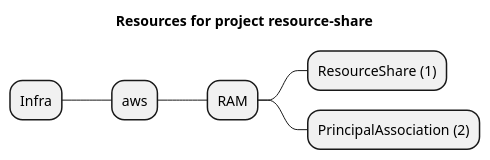
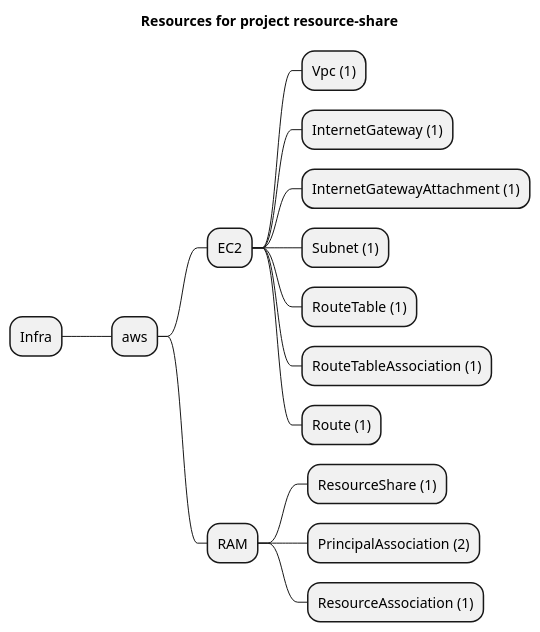
The diagram in examples/aws/RAM/resource-share/artifacts/resources-mindmap.puml (grucloud/grucloud), drawn with PlantUML before and after one commit. The commit also changed 7 other files, not shown here.

Commit message:
ram resource association

```diff
--- a/examples/aws/RAM/resource-share/artifacts/resources-mindmap.puml
+++ b/examples/aws/RAM/resource-share/artifacts/resources-mindmap.puml
@@ -1,9 +1,18 @@
 @startmindmap
 title Resources for project resource-share
 skinparam monochrome true
 + Infra
 ++ aws
++++ EC2
+++++ Vpc (1)
+++++ InternetGateway (1)
+++++ InternetGatewayAttachment (1)
+++++ Subnet (1)
+++++ RouteTable (1)
+++++ RouteTableAssociation (1)
+++++ Route (1)
 +++ RAM
 ++++ ResourceShare (1)
 ++++ PrincipalAssociation (2)
+++++ ResourceAssociation (1)
 @endmindmap
```
